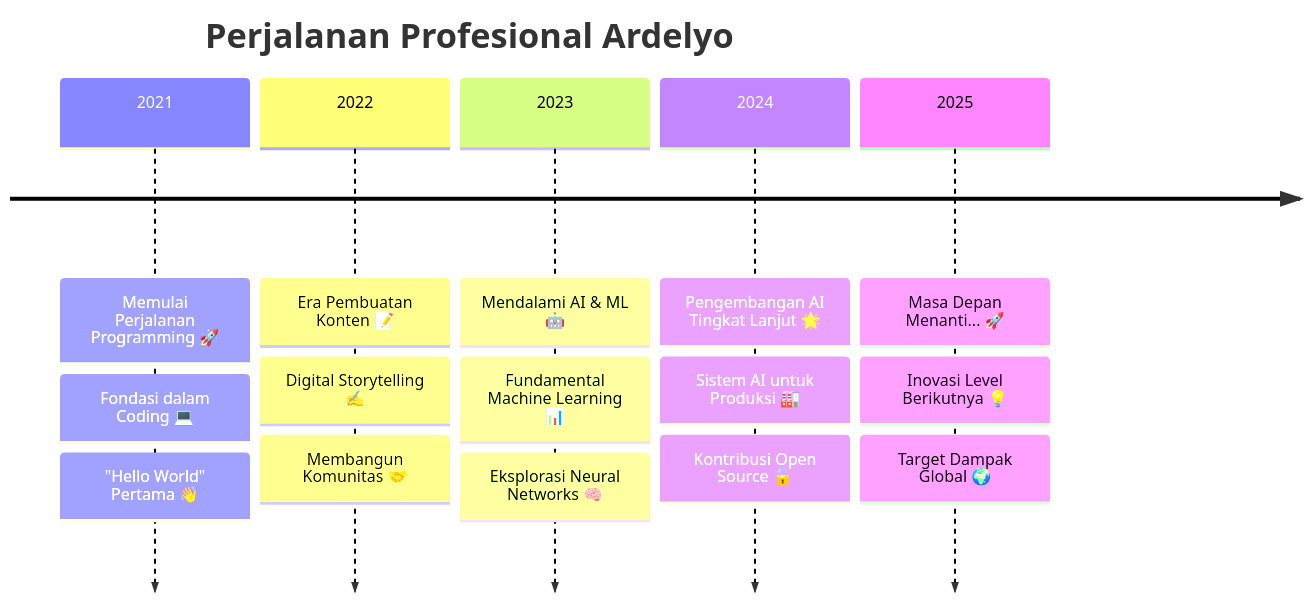
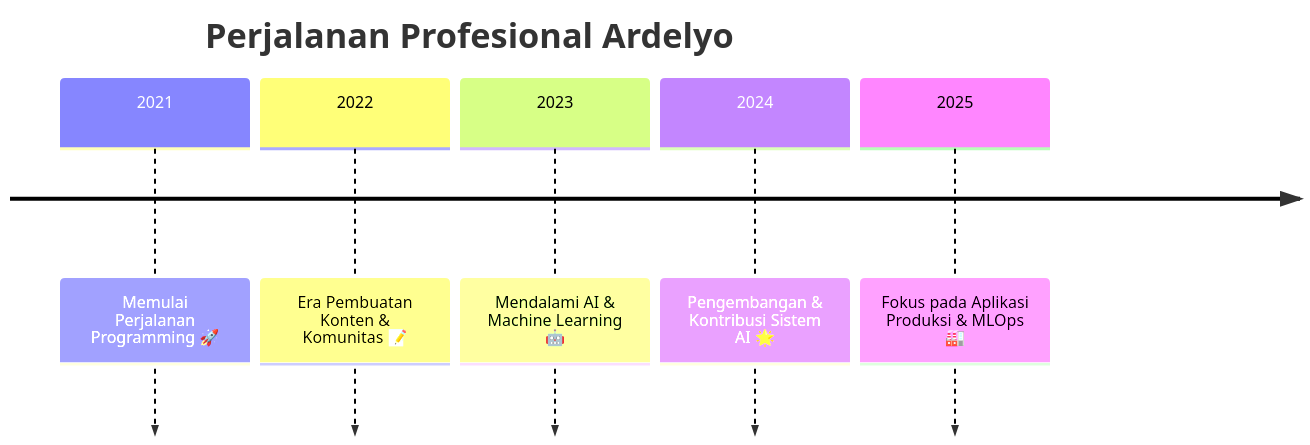
One commit to Ardelyo/Ardelyo changed the diagram in README.md. Above: the diagram before and after it, drawn with Mermaid. The commit also changed other lines of this file, not shown here.

````diff
--- a/README.md
+++ b/README.md
@@ -79,19 +155,9 @@
 ```mermaid
 timeline
     title Perjalanan Profesional Ardelyo
     2021 : Memulai Perjalanan Programming 🚀
-         : Fondasi dalam Coding 💻
-         : "Hello World" Pertama 👋
-    2022 : Era Pembuatan Konten 📝
-         : Digital Storytelling ✍️
-         : Membangun Komunitas 🤝
-    2023 : Mendalami AI & ML 🤖
-         : Fundamental Machine Learning 📊
-         : Eksplorasi Neural Networks 🧠
-    2024 : Pengembangan AI Tingkat Lanjut 🌟
-         : Sistem AI untuk Produksi 🏭
-         : Kontribusi Open Source 🔓
-    2025 : Masa Depan Menanti... 🚀
-         : Inovasi Level Berikutnya 💡
-         : Target Dampak Global 🌍
+    2022 : Era Pembuatan Konten & Komunitas 📝
+    2023 : Mendalami AI & Machine Learning 🤖
+    2024 : Pengembangan & Kontribusi Sistem AI 🌟
+    2025 : Fokus pada Aplikasi Produksi & MLOps 🏭
 ```
````
